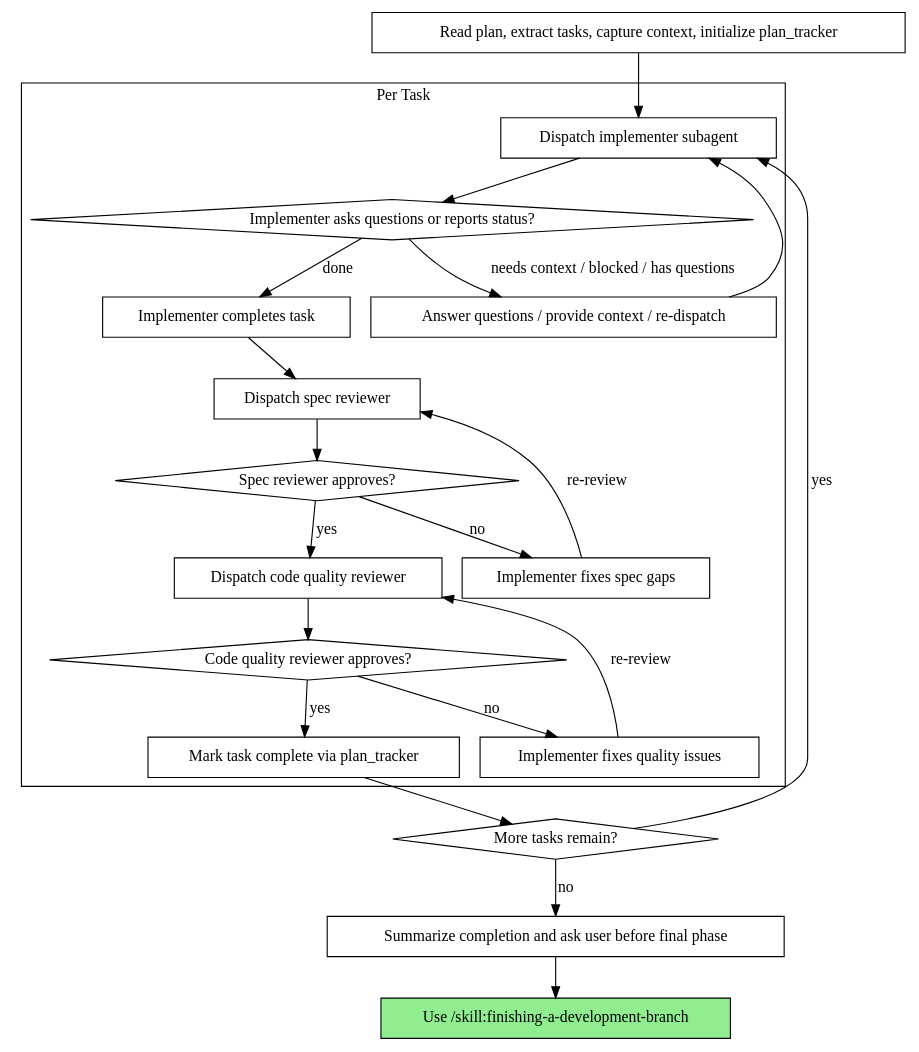
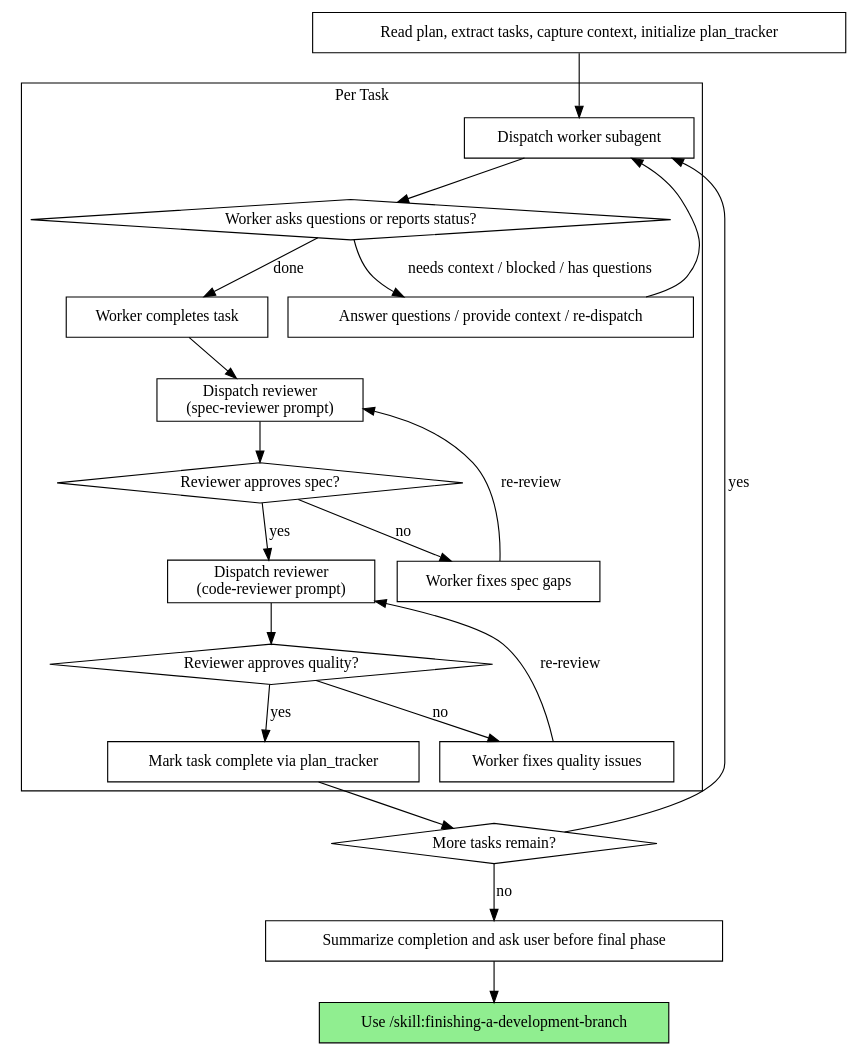
The second of 2 diagrams in skills/subagent-driven-development/SKILL.md (tickideas/pi-superpowers-plus), drawn with Graphviz before and after one commit. The commit also changed other lines of this file and 7 other files, not shown here.

````diff
--- a/skills/subagent-driven-development/SKILL.md
+++ b/skills/subagent-driven-development/SKILL.md
@@ -71,44 +71,52 @@
 ```dot
 digraph process {
     rankdir=TB;
 
     subgraph cluster_per_task {
         label="Per Task";
-        "Dispatch implementer subagent" [shape=box];
-        "Implementer asks questions or reports status?" [shape=diamond];
+        "Dispatch worker subagent" [shape=box];
+        "Worker asks questions or reports status?" [shape=diamond];
         "Answer questions / provide context / re-dispatch" [shape=box];
-        "Implementer completes task" [shape=box];
-        "Dispatch spec reviewer" [shape=box];
-        "Spec reviewer approves?" [shape=diamond];
-        "Implementer fixes spec gaps" [shape=box];
-        "Dispatch code quality reviewer" [shape=box];
-        "Code quality reviewer approves?" [shape=diamond];
-        "Implementer fixes quality issues" [shape=box];
+        "Worker completes task" [shape=box];
+        "Dispatch reviewer
+(spec-reviewer prompt)" [shape=box];
+        "Reviewer approves spec?" [shape=diamond];
+        "Worker fixes spec gaps" [shape=box];
+        "Dispatch reviewer
+(code-reviewer prompt)" [shape=box];
+        "Reviewer approves quality?" [shape=diamond];
+        "Worker fixes quality issues" [shape=box];
         "Mark task complete via plan_tracker" [shape=box];
     }
 
     "Read plan, extract tasks, capture context, initialize plan_tracker" [shape=box];
     "More tasks remain?" [shape=diamond];
     "Summarize completion and ask user before final phase" [shape=box];
     "Use /skill:finishing-a-development-branch" [shape=box style=filled fillcolor=lightgreen];
 
-    "Read plan, extract tasks, capture context, initialize plan_tracker" -> "Dispatch implementer subagent";
-    "Dispatch implementer subagent" -> "Implementer asks questions or reports status?";
-    "Implementer asks questions or reports status?" -> "Answer questions / provide context / re-dispatch" [label="needs context / blocked / has questions"];
-    "Answer questions / provide context / re-dispatch" -> "Dispatch implementer subagent";
-    "Implementer asks questions or reports status?" -> "Implementer completes task" [label="done"];
-    "Implementer completes task" -> "Dispatch spec reviewer";
-    "Dispatch spec reviewer" -> "Spec reviewer approves?";
-    "Spec reviewer approves?" -> "Implementer fixes spec gaps" [label="no"];
-    "Implementer fixes spec gaps" -> "Dispatch spec reviewer" [label="re-review"];
-    "Spec reviewer approves?" -> "Dispatch code quality reviewer" [label="yes"];
-    "Dispatch code quality reviewer" -> "Code quality reviewer approves?";
-    "Code quality reviewer approves?" -> "Implementer fixes quality issues" [label="no"];
-    "Implementer fixes quality issues" -> "Dispatch code quality reviewer" [label="re-review"];
-    "Code quality reviewer approves?" -> "Mark task complete via plan_tracker" [label="yes"];
+    "Read plan, extract tasks, capture context, initialize plan_tracker" -> "Dispatch worker subagent";
+    "Dispatch worker subagent" -> "Worker asks questions or reports status?";
+    "Worker asks questions or reports status?" -> "Answer questions / provide context / re-dispatch" [label="needs context / blocked / has questions"];
+    "Answer questions / provide context / re-dispatch" -> "Dispatch worker subagent";
+    "Worker asks questions or reports status?" -> "Worker completes task" [label="done"];
+    "Worker completes task" -> "Dispatch reviewer
+(spec-reviewer prompt)";
+    "Dispatch reviewer
+(spec-reviewer prompt)" -> "Reviewer approves spec?";
+    "Reviewer approves spec?" -> "Worker fixes spec gaps" [label="no"];
+    "Worker fixes spec gaps" -> "Dispatch reviewer
+(spec-reviewer prompt)" [label="re-review"];
+    "Reviewer approves spec?" -> "Dispatch reviewer
+(code-reviewer prompt)" [label="yes"];
+    "Dispatch reviewer
+(code-reviewer prompt)" -> "Reviewer approves quality?";
+    "Reviewer approves quality?" -> "Worker fixes quality issues" [label="no"];
+    "Worker fixes quality issues" -> "Dispatch reviewer
+(code-reviewer prompt)" [label="re-review"];
+    "Reviewer approves quality?" -> "Mark task complete via plan_tracker" [label="yes"];
     "Mark task complete via plan_tracker" -> "More tasks remain?";
-    "More tasks remain?" -> "Dispatch implementer subagent" [label="yes"];
+    "More tasks remain?" -> "Dispatch worker subagent" [label="yes"];
     "More tasks remain?" -> "Summarize completion and ask user before final phase" [label="no"];
     "Summarize completion and ask user before final phase" -> "Use /skill:finishing-a-development-branch";
 }
 ```
````
